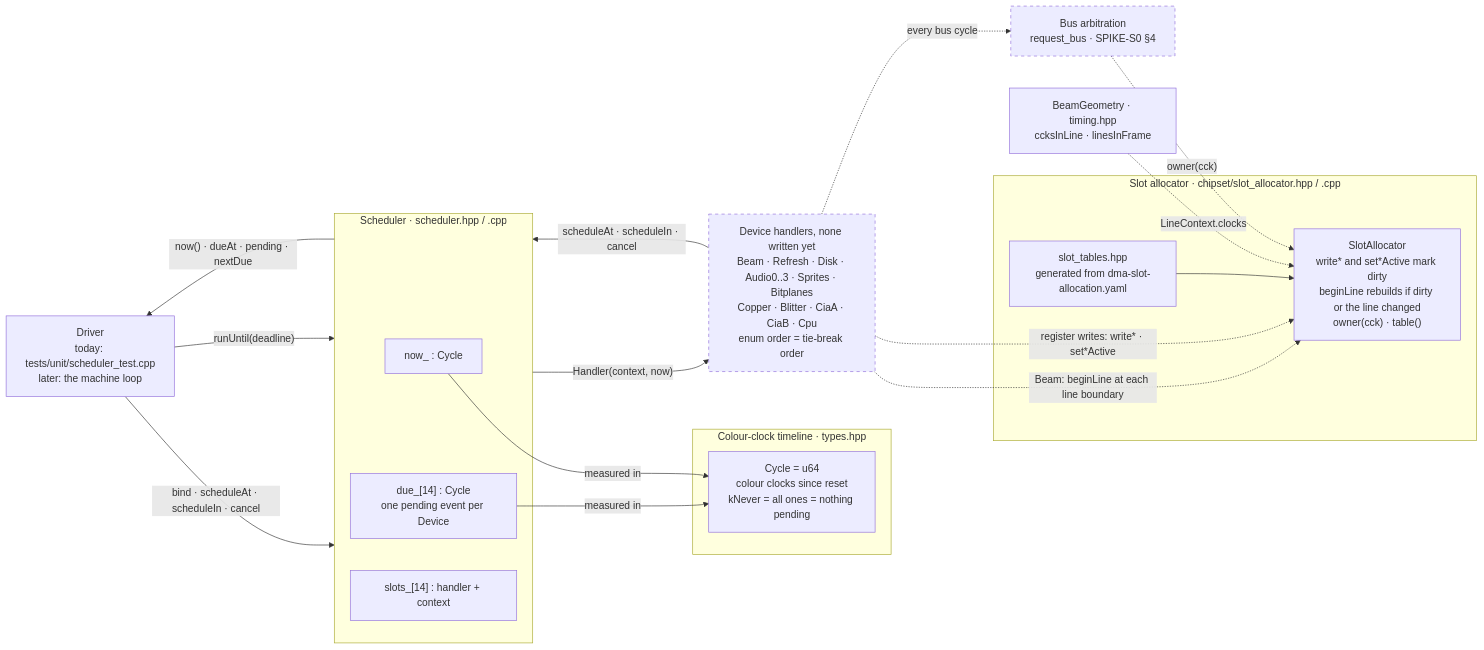
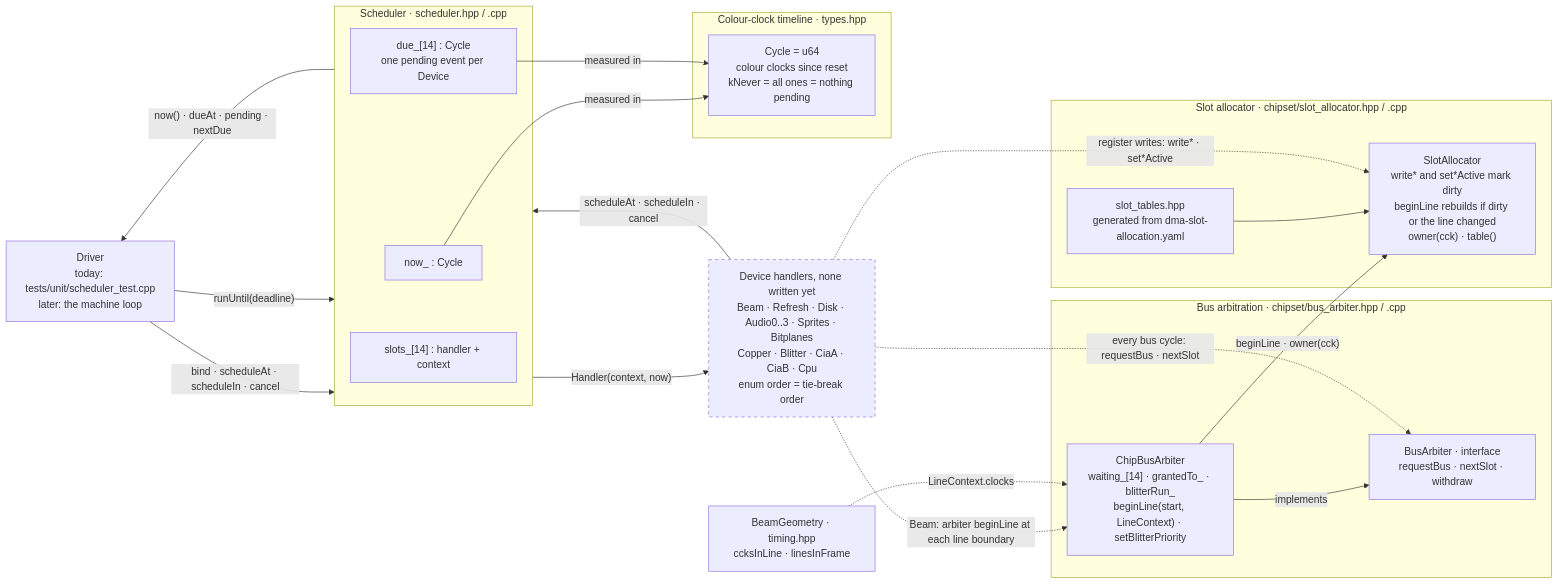
Before and after one commit to mova77/meta-amiga-emulator: the first of 5 diagrams in docs/architecture/scheduler.md, drawn with Mermaid. The commit also changed other lines of this file and 6 other files, not shown here.

First line of the commit message:
feat(core): add the bus arbitration protocol

````diff
--- a/docs/architecture/scheduler.md
+++ b/docs/architecture/scheduler.md
@@ -21,42 +21,47 @@
 ```mermaid
 flowchart LR
     driver["Driver<br/>today: tests/unit/scheduler_test.cpp<br/>later: the machine loop"]
 
     subgraph timeline["Colour-clock timeline · types.hpp"]
         cycle["Cycle = u64<br/>colour clocks since reset<br/>kNever = all ones = nothing pending"]
     end
 
     subgraph sched["Scheduler · scheduler.hpp / .cpp"]
         now["now_ : Cycle"]
         due["due_[14] : Cycle<br/>one pending event per Device"]
         slots["slots_[14] : handler + context"]
     end
 
     devices["Device handlers, none written yet<br/>Beam · Refresh · Disk · Audio0..3 · Sprites · Bitplanes<br/>Copper · Blitter · CiaA · CiaB · Cpu<br/>enum order = tie-break order"]
 
     subgraph chipset["Slot allocator · chipset/slot_allocator.hpp / .cpp"]
         alloc["SlotAllocator<br/>write* and set*Active mark dirty<br/>beginLine rebuilds if dirty or the line changed<br/>owner(cck) · table()"]
         tables["slot_tables.hpp<br/>generated from dma-slot-allocation.yaml"]
     end
 
     geom["BeamGeometry · timing.hpp<br/>ccksInLine · linesInFrame"]
-    arb["Bus arbitration<br/>request_bus · SPIKE-S0 §4"]
+    subgraph bus["Bus arbitration · chipset/bus_arbiter.hpp / .cpp"]
+        iface["BusArbiter · interface<br/>requestBus · nextSlot · withdraw"]
+        arb["ChipBusArbiter<br/>waiting_[14] · grantedTo_ · blitterRun_<br/>beginLine(start, LineContext) · setBlitterPriority"]
+    end
 
     driver -- "bind · scheduleAt · scheduleIn · cancel" --> sched
     driver -- "runUntil(deadline)" --> sched
     sched -- "now() · dueAt · pending · nextDue" --> driver
     now -- "measured in" --> cycle
     due -- "measured in" --> cycle
     sched -- "Handler(context, now)" --> devices
     devices -- "scheduleAt · scheduleIn · cancel" --> sched
     tables --> alloc
 
-    devices -. "Beam: beginLine at each line boundary" .-> alloc
-    geom -. "LineContext.clocks" .-> alloc
+    arb -- "implements" --> iface
+    arb -- "beginLine · owner(cck)" --> alloc
+
+    devices -. "Beam: arbiter beginLine at each line boundary" .-> arb
+    geom -. "LineContext.clocks" .-> arb
     devices -. "register writes: write* · set*Active" .-> alloc
-    devices -. "every bus cycle" .-> arb
-    arb -. "owner(cck)" .-> alloc
+    devices -. "every bus cycle: requestBus · nextSlot" .-> iface
 
     classDef planned stroke-dasharray: 5 5
-    class devices,arb planned
+    class devices planned
 ```
````
